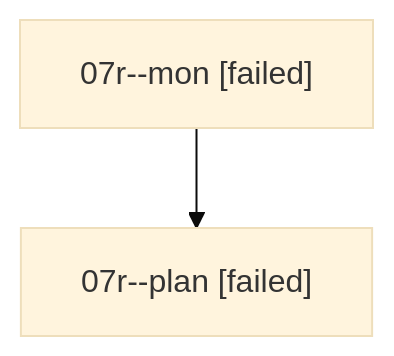
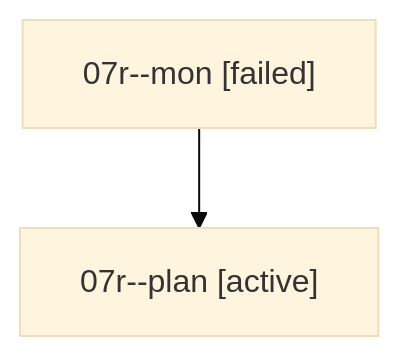
The diagram in families/bbugyi200.athena.07r.md (sase-org/sase--agents), drawn with Mermaid (base theme) before and after one commit. The commit also changed other lines of this file and 35830 other files, not shown here.

````diff
--- a/families/bbugyi200.athena.07r.md
+++ b/families/bbugyi200.athena.07r.md
@@ -9,6 +9,6 @@
 ```mermaid
 flowchart TD
   n0["07r--mon [failed]"]
-  n1["07r--plan [failed]"]
+  n1["07r--plan [active]"]
   n0 --> n1
 ```
````
